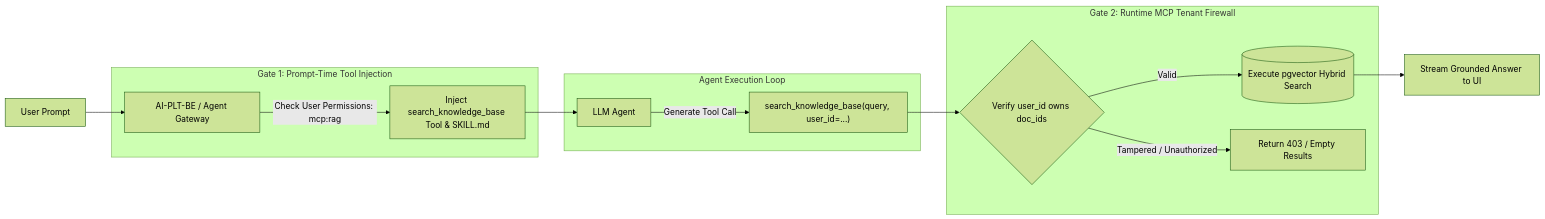
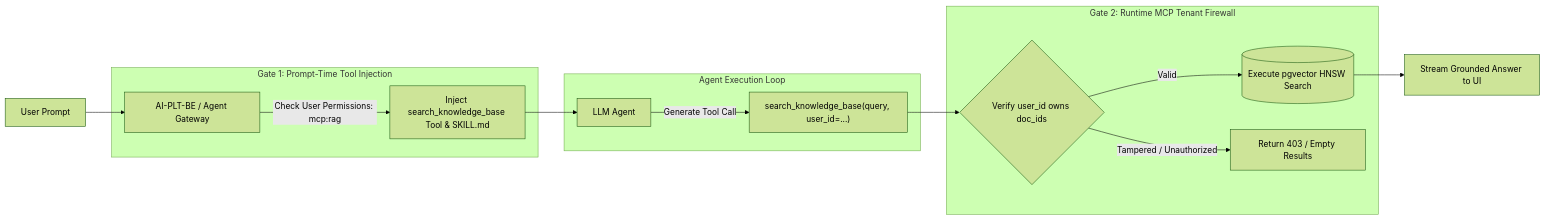
The second of 2 diagrams in architecture/rag_mcp_architecture.md (sekhardp/AI-PLT-BE), drawn with Mermaid (forest theme) before and after one commit. The commit also changed other lines of this file and 5 other files, not shown here.

````diff
--- a/architecture/rag_mcp_architecture.md
+++ b/architecture/rag_mcp_architecture.md
@@ -72,21 +72,21 @@
 ```mermaid
 flowchart LR
     User["User Prompt"] --> Gateway["AI-PLT-BE / Agent Gateway"]
     
     subgraph Gate1 ["Gate 1: Prompt-Time Tool Injection"]
         Gateway -->|Check User Permissions: mcp:rag| Filter["Inject search_knowledge_base Tool & SKILL.md"]
     end
 
     subgraph Execution ["Agent Execution Loop"]
         Filter --> LLM["LLM Agent"]
         LLM -->|Generate Tool Call| Call["search_knowledge_base(query, user_id=...)"]
     end
 
     subgraph Gate2 ["Gate 2: Runtime MCP Tenant Firewall"]
         Call --> Firewall{"Verify user_id owns doc_ids"}
-        Firewall -->|Valid| DB[("Execute pgvector Hybrid Search")]
+        Firewall -->|Valid| DB[("Execute pgvector HNSW Search")]
         Firewall -->|Tampered / Unauthorized| Deny["Return 403 / Empty Results"]
     end
 
     DB --> Response["Stream Grounded Answer to UI"]
 ```
````
